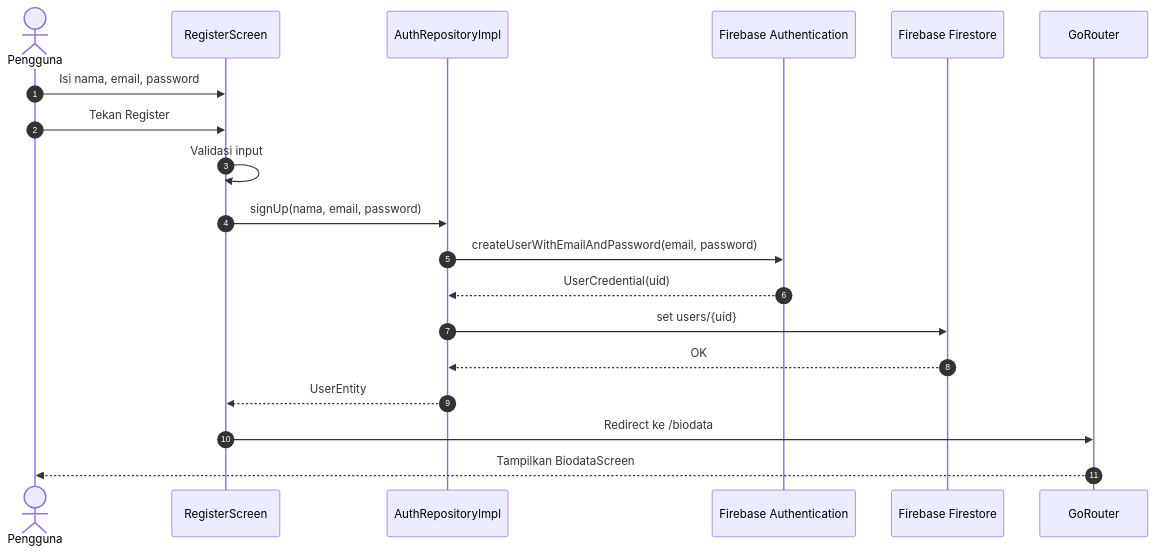
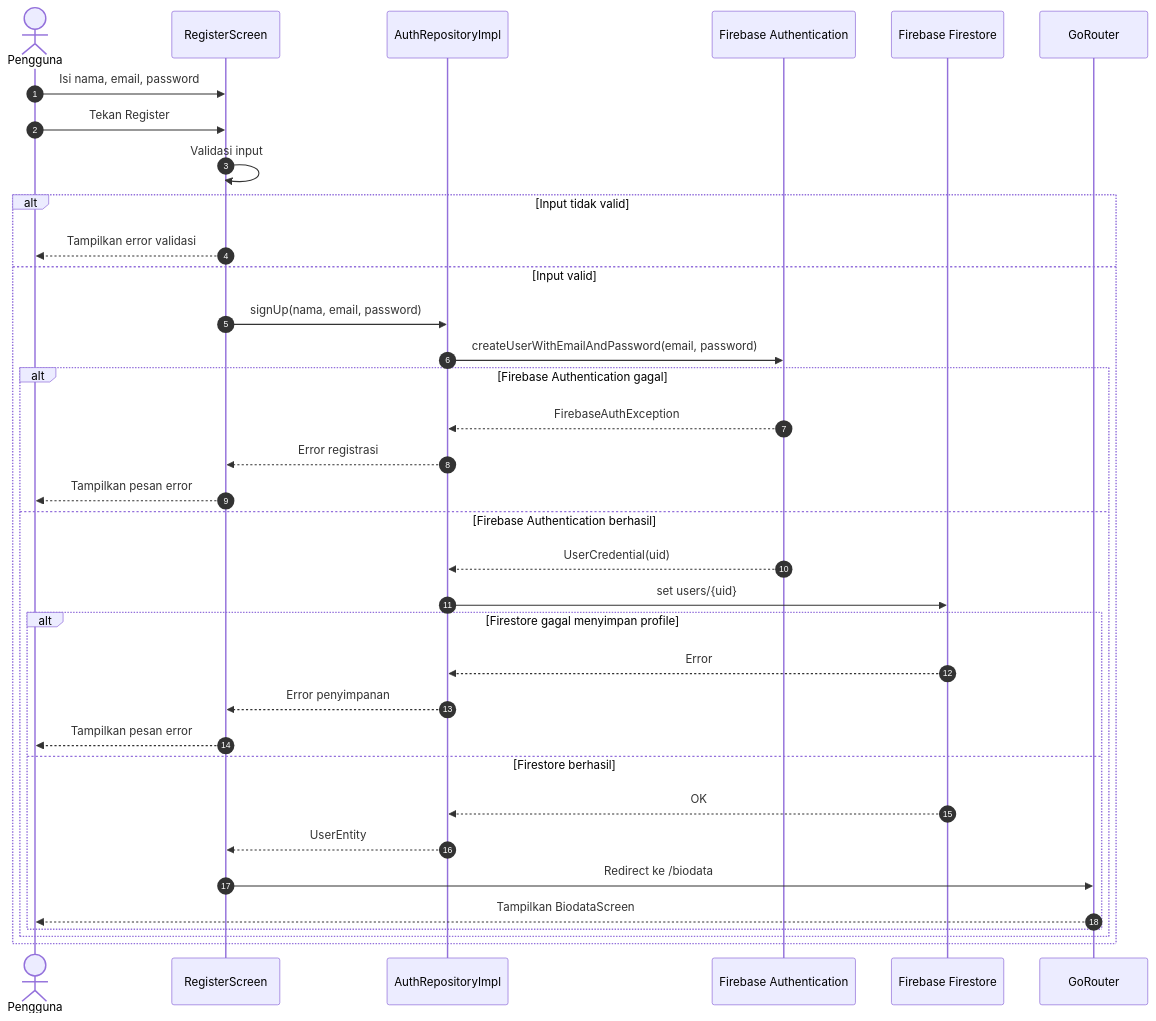
Diagram 15 of 26 in docs/uml.md (arifrachmatdx/Kinetra), drawn with Mermaid before and after one commit. The commit also changed other lines of this file and 1 other file, not shown here.

Commit message:
docs: add detailed UML decisions and alternatives

````diff
--- a/docs/uml.md
+++ b/docs/uml.md
@@ -689,22 +859,38 @@
 ```mermaid
 sequenceDiagram
     autonumber
     actor User as Pengguna
     participant Register as RegisterScreen
     participant AuthRepo as AuthRepositoryImpl
     participant FirebaseAuth as Firebase Authentication
     participant Firestore as Firebase Firestore
     participant Router as GoRouter
 
     User->>Register: Isi nama, email, password
     User->>Register: Tekan Register
     Register->>Register: Validasi input
-    Register->>AuthRepo: signUp(nama, email, password)
-    AuthRepo->>FirebaseAuth: createUserWithEmailAndPassword(email, password)
-    FirebaseAuth-->>AuthRepo: UserCredential(uid)
-    AuthRepo->>Firestore: set users/{uid}
-    Firestore-->>AuthRepo: OK
-    AuthRepo-->>Register: UserEntity
-    Register->>Router: Redirect ke /biodata
-    Router-->>User: Tampilkan BiodataScreen
+    alt Input tidak valid
+        Register-->>User: Tampilkan error validasi
+    else Input valid
+        Register->>AuthRepo: signUp(nama, email, password)
+        AuthRepo->>FirebaseAuth: createUserWithEmailAndPassword(email, password)
+        alt Firebase Authentication gagal
+            FirebaseAuth-->>AuthRepo: FirebaseAuthException
+            AuthRepo-->>Register: Error registrasi
+            Register-->>User: Tampilkan pesan error
+        else Firebase Authentication berhasil
+            FirebaseAuth-->>AuthRepo: UserCredential(uid)
+            AuthRepo->>Firestore: set users/{uid}
+            alt Firestore gagal menyimpan profile
+                Firestore-->>AuthRepo: Error
+                AuthRepo-->>Register: Error penyimpanan
+                Register-->>User: Tampilkan pesan error
+            else Firestore berhasil
+                Firestore-->>AuthRepo: OK
+                AuthRepo-->>Register: UserEntity
+                Register->>Router: Redirect ke /biodata
+                Router-->>User: Tampilkan BiodataScreen
+            end
+        end
+    end
 ```
````
